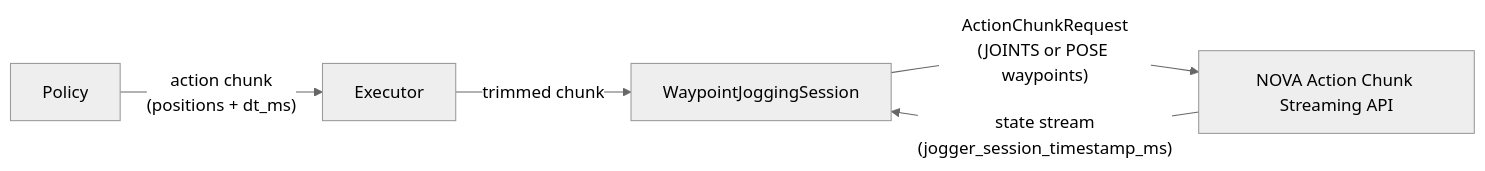
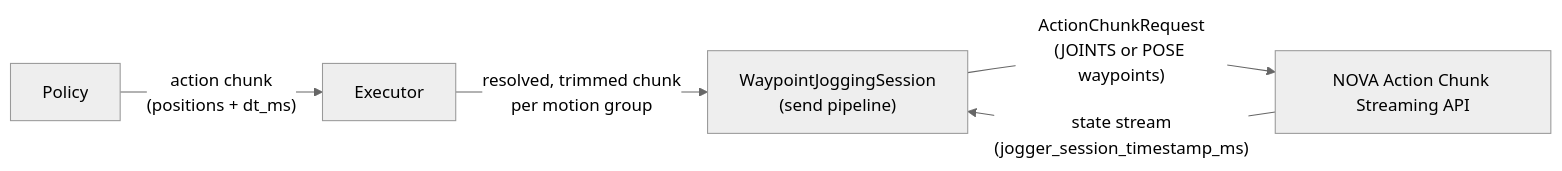
One commit to wandelbotsgmbh/wandelbots-nova changed the diagram in novapolicy/docs/executor.md. Above: the diagram before and after it, drawn with Mermaid (neutral theme). The commit also changed other lines of this file and 9 other files, not shown here.

````diff
--- a/novapolicy/docs/executor.md
+++ b/novapolicy/docs/executor.md
@@ -9,7 +9,7 @@
 ```mermaid
 flowchart LR
     Policy["Policy"] -->|"action chunk\n(positions + dt_ms)"| Executor
-    Executor -->|"trimmed chunk"| Session["WaypointJoggingSession"]
+    Executor -->|"resolved, trimmed chunk\nper motion group"| Session["WaypointJoggingSession\n(send pipeline)"]
     Session -->|"ActionChunkRequest\n(JOINTS or POSE waypoints)"| NOVA["NOVA Action Chunk Streaming API"]
     NOVA -->|"state stream\n(jogger_session_timestamp_ms)"| Session
 ```
````
